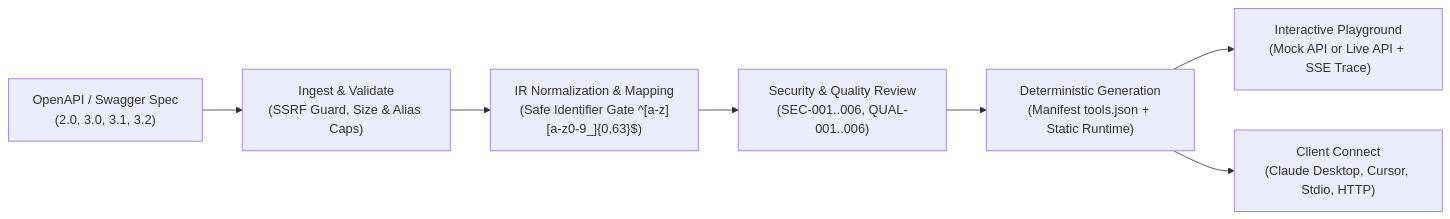
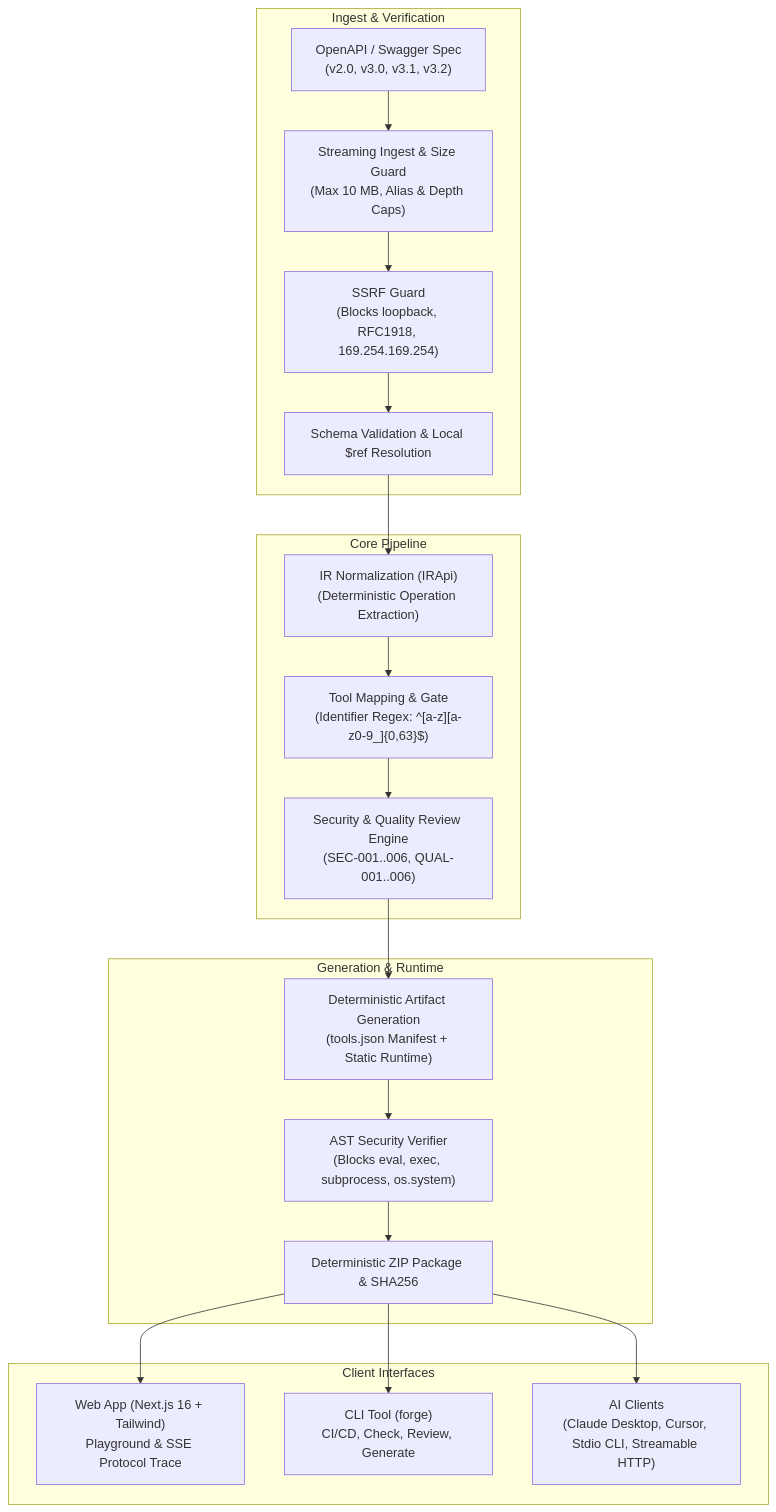
Before and after one commit to varunahuja70/MCP-Server-Generator: the diagram in README.md, drawn with Mermaid. The commit also changed other lines of this file and 31 other files, not shown here.

````diff
--- a/README.md
+++ b/README.md
@@ -19,9 +32,26 @@
 ```mermaid
-flowchart LR
-    A["OpenAPI / Swagger Spec\n(2.0, 3.0, 3.1, 3.2)"] --> B["Ingest & Validate\n(SSRF Guard, Size & Alias Caps)"]
-    B --> C["IR Normalization & Mapping\n(Safe Identifier Gate ^[a-z][a-z0-9_]{0,63}$)"]
-    C --> D["Security & Quality Review\n(SEC-001..006, QUAL-001..006)"]
-    D --> E["Deterministic Generation\n(Manifest tools.json + Static Runtime)"]
-    E --> F["Interactive Playground\n(Mock API or Live API + SSE Trace)"]
-    E --> G["Client Connect\n(Claude Desktop, Cursor, Stdio, HTTP)"]
+flowchart TD
+    subgraph Ingest & Verification
+        A["OpenAPI / Swagger Spec\n(v2.0, v3.0, v3.1, v3.2)"] --> B["Streaming Ingest & Size Guard\n(Max 10 MB, Alias & Depth Caps)"]
+        B --> C["SSRF Guard\n(Blocks loopback, RFC1918, 169.254.169.254)"]
+        C --> D["Schema Validation & Local $ref Resolution"]
+    end
+
+    subgraph Core Pipeline
+        D --> E["IR Normalization (IRApi)\n(Deterministic Operation Extraction)"]
+        E --> F["Tool Mapping & Gate\n(Identifier Regex: ^[a-z][a-z0-9_]{0,63}$)"]
+        F --> G["Security & Quality Review Engine\n(SEC-001..006, QUAL-001..006)"]
+    end
+
+    subgraph Generation & Runtime
+        G --> H["Deterministic Artifact Generation\n(tools.json Manifest + Static Runtime)"]
+        H --> I["AST Security Verifier\n(Blocks eval, exec, subprocess, os.system)"]
+        I --> J["Deterministic ZIP Package & SHA256"]
+    end
+
+    subgraph Client Interfaces
+        J --> K["Web App (Next.js 16 + Tailwind)\nPlayground & SSE Protocol Trace"]
+        J --> L["CLI Tool (forge)\nCI/CD, Check, Review, Generate"]
+        J --> M["AI Clients\n(Claude Desktop, Cursor, Stdio CLI, Streamable HTTP)"]
+    end
 ```
````
